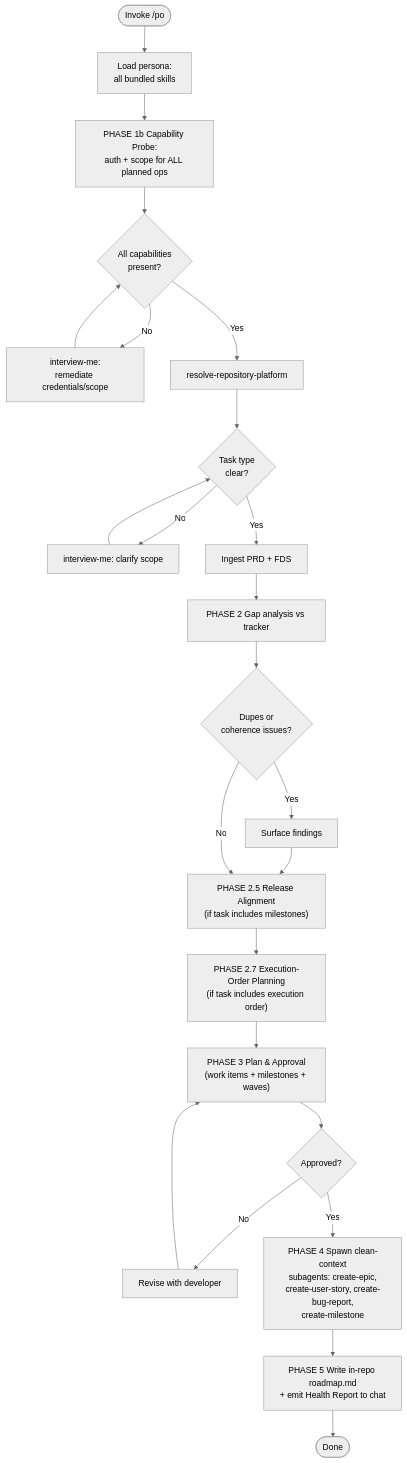
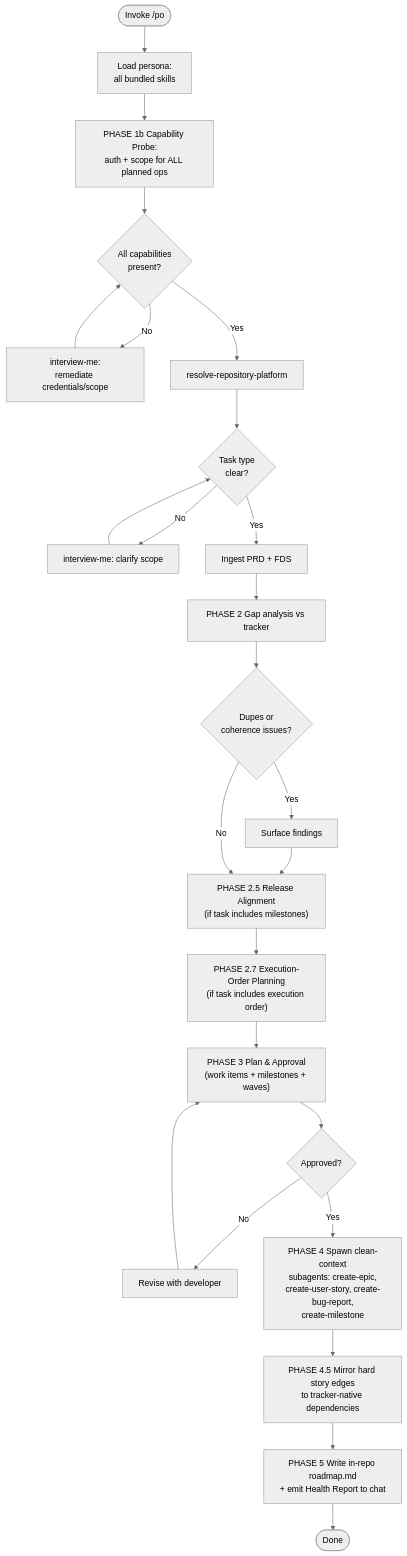
The diagram in skills/po/SKILL.md (MegaByteMark/skills-to-pay-the-ai-bills), drawn with Mermaid (neutral theme) before and after one commit. The commit also changed other lines of this file and 6 other files, not shown here.

First line of the commit message:
feat(po): story-level dependency DAG, canonical table roadmap, stories-only milestones

````diff
--- a/skills/po/SKILL.md
+++ b/skills/po/SKILL.md
@@ -26,26 +26,27 @@
 ```mermaid
 flowchart TD
     START(["Invoke /po <context>"]) --> LOAD["Load persona:<br>all bundled skills"]
     LOAD --> PROBE["PHASE 1b Capability Probe:<br>auth + scope for ALL planned ops"]
     PROBE --> AUTH{All capabilities<br>present?}
     AUTH -->|No| REMEDIATE["interview-me:<br>remediate credentials/scope"]
     REMEDIATE --> AUTH
     AUTH -->|Yes| PLATFORM["resolve-repository-platform"]
     PLATFORM --> TASK{Task type<br>clear?}
     TASK -->|No| CLARIFY["interview-me: clarify scope"]
     CLARIFY --> TASK
     TASK -->|Yes| INGEST["Ingest PRD + FDS"]
     INGEST --> GAP["PHASE 2 Gap analysis vs tracker"]
     GAP --> FIND{Dupes or<br>coherence issues?}
     FIND -->|Yes| SURFACE["Surface findings"]
     SURFACE --> RELEASE["PHASE 2.5 Release Alignment<br>(if task includes milestones)"]
     FIND -->|No| RELEASE
     RELEASE --> ORDER["PHASE 2.7 Execution-Order Planning<br>(if task includes execution order)"]
     ORDER --> PLAN["PHASE 3 Plan & Approval<br>(work items + milestones + waves)"]
     PLAN --> APPROVED{Approved?}
     APPROVED -->|No| REVISE["Revise with developer"]
     REVISE --> PLAN
     APPROVED -->|Yes| SPAWN["PHASE 4 Spawn clean-context<br>subagents: create-epic,<br>create-user-story, create-bug-report,<br>create-milestone"]
-    SPAWN --> PERSIST["PHASE 5 Write in-repo roadmap.md<br>+ emit Health Report to chat"]
+    SPAWN --> MIRROR["PHASE 4.5 Mirror hard story edges<br>to tracker-native dependencies"]
+    MIRROR --> PERSIST["PHASE 5 Write in-repo roadmap.md<br>+ emit Health Report to chat"]
     PERSIST --> DONE(["Done"])
 ```
````
